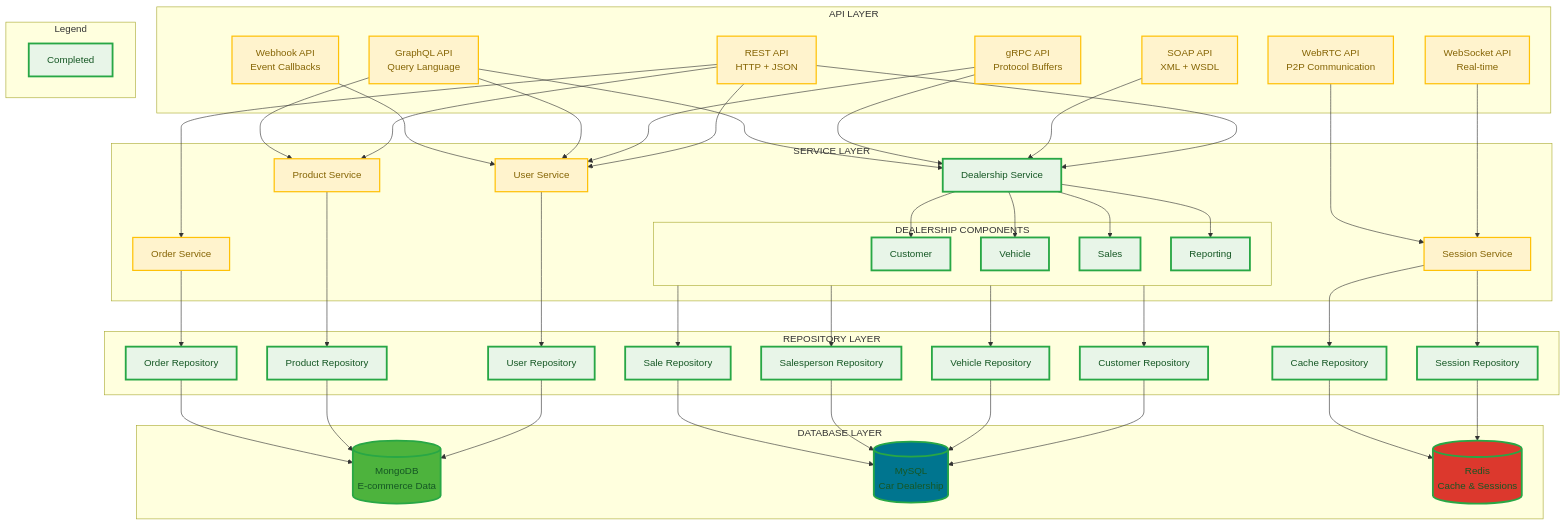
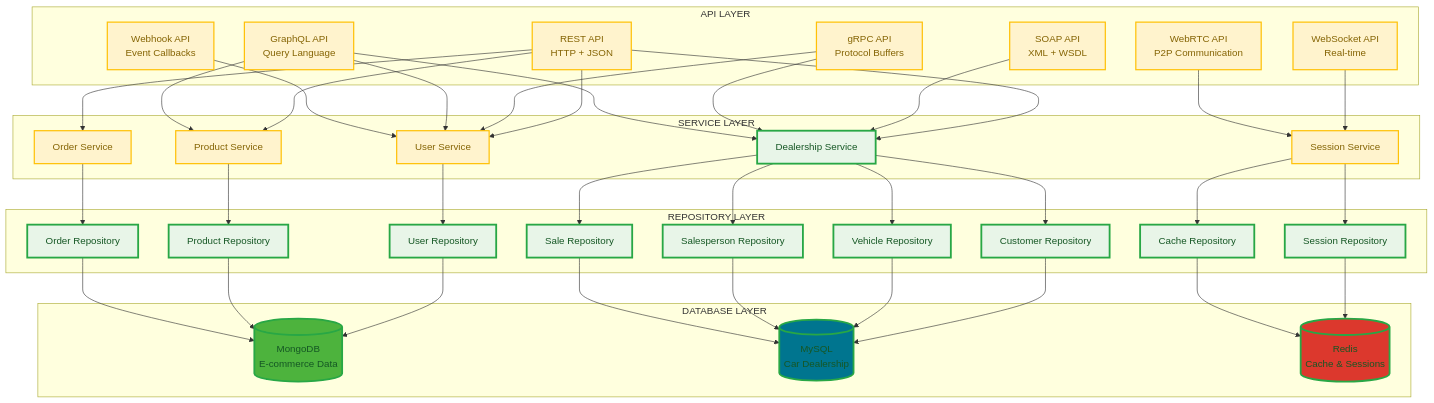
The diagram in README.md (mckriel/api-server), drawn with Mermaid before and after one commit.

````diff
--- a/README.md
+++ b/README.md
@@ -34,13 +34,6 @@
         OrderSvc[Order Service]
         SessionSvc[Session Service]
         DealershipSvc[Dealership Service]
-        
-        subgraph DEALERSHIP ["DEALERSHIP COMPONENTS"]
-            CustomerOps[Customer]
-            VehicleOps[Vehicle]
-            SalesOps[Sales]
-            ReportOps[Reporting]
-        end
     end
 
     subgraph REPOSITORY ["REPOSITORY LAYER"]
@@ -61,10 +54,6 @@
         Redis[(Redis<br/>Cache & Sessions)]
     end
 
-    subgraph "Legend"
-        Completed[Completed]
-    end
-
     REST --> UserSvc
     REST --> ProductSvc
     REST --> OrderSvc
@@ -83,15 +72,10 @@
     ProductSvc --> ProductRepo
     OrderSvc --> OrderRepo
     
-    DealershipSvc --> CustomerOps
-    DealershipSvc --> VehicleOps
-    DealershipSvc --> SalesOps
-    DealershipSvc --> ReportOps
-    
-    DEALERSHIP --> CustomerRepo
-    DEALERSHIP --> VehicleRepo
-    DEALERSHIP --> SalespersonRepo
-    DEALERSHIP --> SaleRepo
+    DealershipSvc --> CustomerRepo
+    DealershipSvc --> VehicleRepo
+    DealershipSvc --> SalespersonRepo
+    DealershipSvc --> SaleRepo
     SessionSvc --> SessionRepo
     SessionSvc --> CacheRepo
 
@@ -119,13 +103,11 @@
     class CustomerRepo,VehicleRepo,SalespersonRepo,SaleRepo,MySQL completed
     class SessionRepo,CacheRepo,Redis completed
     
-    %% Apply completed styling to DealershipSvc and components
-    class DealershipSvc,CustomerOps,VehicleOps,SalesOps,ReportOps completed
+    %% Apply completed styling to DealershipSvc
+    class DealershipSvc completed
     
     %% Apply pending styling to not-yet-implemented components
     class UserSvc,ProductSvc,OrderSvc,SessionSvc pending
     class REST,SOAP,GRPC,GraphQL,WS,WebRTC,Webhook pending
 
-    %% Legend styling
-    style Completed fill:#E8F5E8,stroke:#28a745,stroke-width:3px,color:#155724
 ```
````
